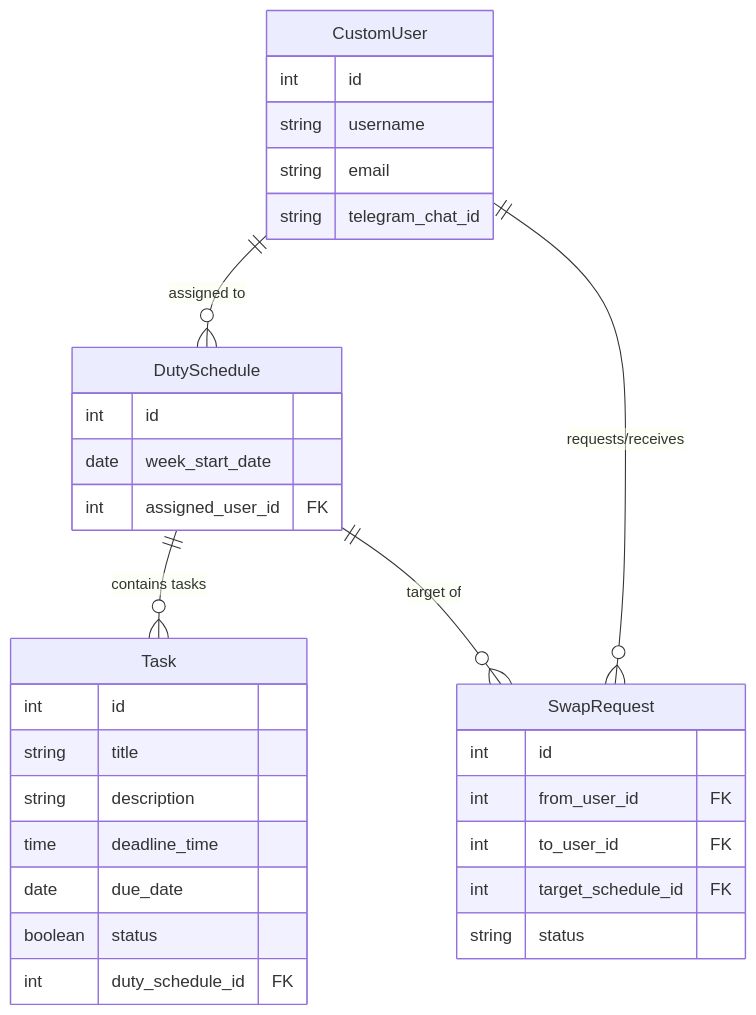
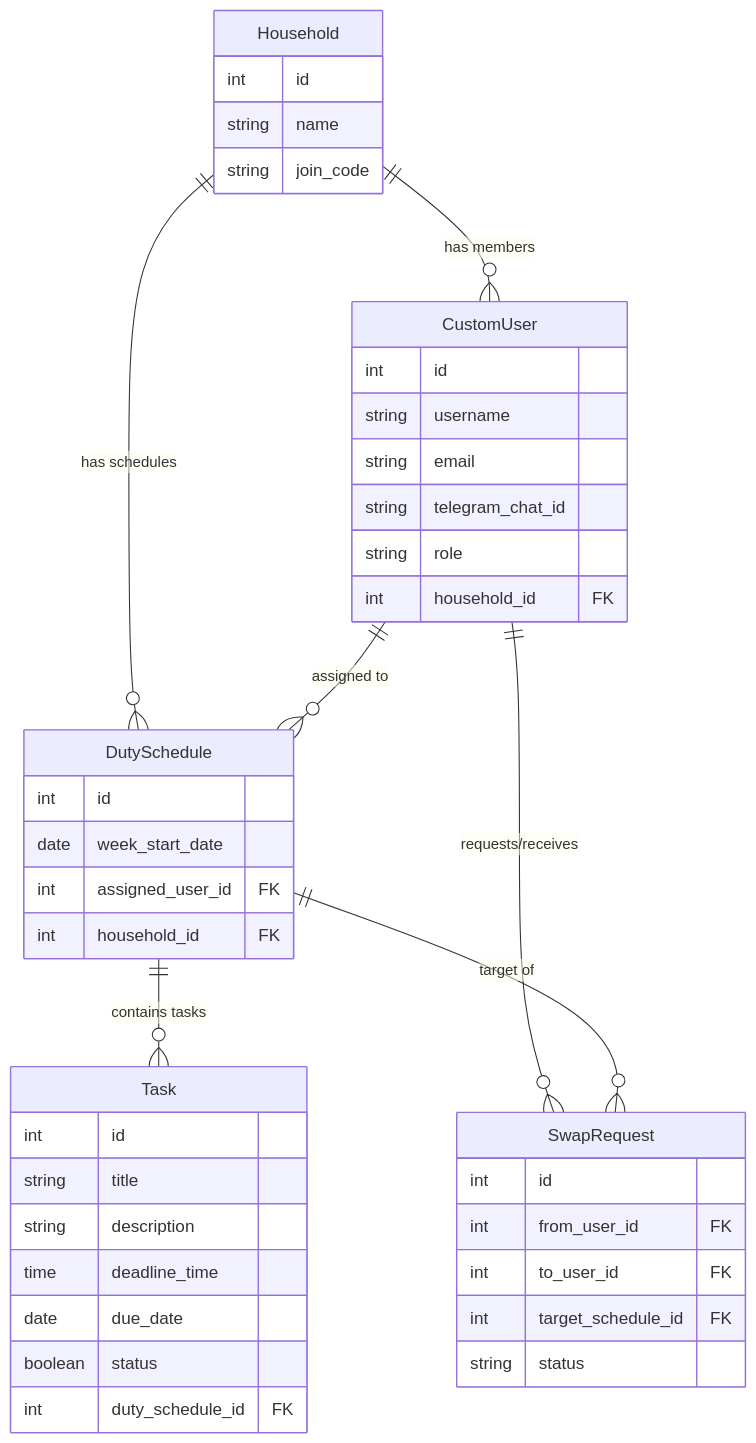
Before and after one commit to bismrk/ai-dev-project: the second of 2 diagrams in _docs/architecture.md, drawn with Mermaid. The commit also changed other lines of this file and 2 other files, not shown here.

Commit message:
docs: Update architecture, plan, and tasks to support multitenant Households

````diff
--- a/_docs/architecture.md
+++ b/_docs/architecture.md
@@ -49,38 +49,49 @@
 ```mermaid
 erDiagram
+    Household {
+        int id
+        string name
+        string join_code
+    }
+
     CustomUser {
         int id
         string username
         string email
         string telegram_chat_id
+        string role
+        int household_id FK
     }
     
     DutySchedule {
         int id
         date week_start_date
         int assigned_user_id FK
+        int household_id FK
     }
 
     Task {
         int id
         string title
         string description
         time deadline_time
         date due_date
         boolean status
         int duty_schedule_id FK
     }
 
     SwapRequest {
         int id
         int from_user_id FK
         int to_user_id FK
         int target_schedule_id FK
         string status
     }
 
+    Household ||--o{ CustomUser : "has members"
+    Household ||--o{ DutySchedule : "has schedules"
     CustomUser ||--o{ DutySchedule : "assigned to"
     DutySchedule ||--o{ Task : "contains tasks"
     CustomUser ||--o{ SwapRequest : "requests/receives"
     DutySchedule ||--o{ SwapRequest : "target of"
 ```
````
